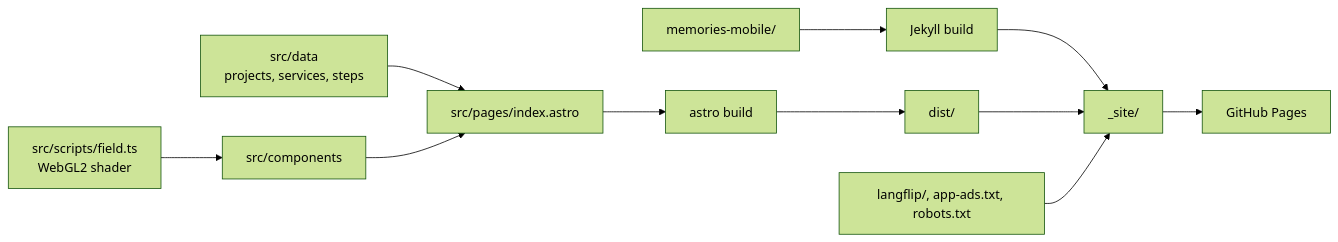
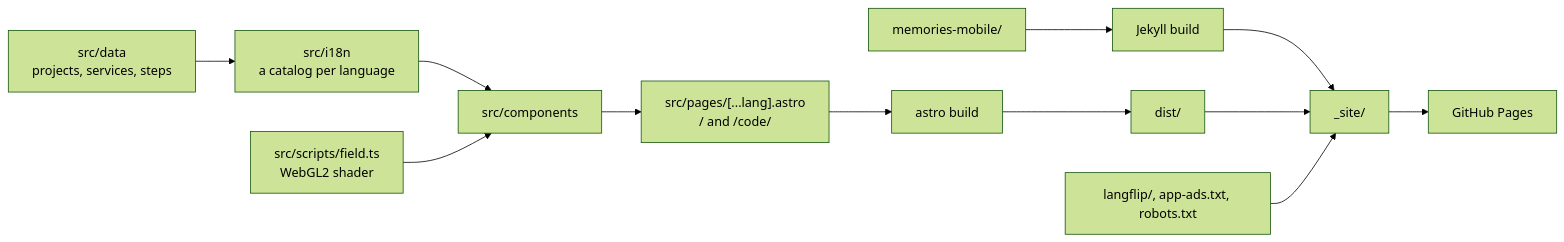
Before and after one commit to workbench-soft/workbench-soft.github.io: the first of 3 diagrams in docs/architecture.md, drawn with Mermaid (forest theme). The commit also changed other lines of this file and 37 other files, not shown here.

````diff
--- a/docs/architecture.md
+++ b/docs/architecture.md
@@ -14,11 +14,12 @@
 ```mermaid
 flowchart LR
-  data["src/data<br/>projects, services, steps"] --> pages["src/pages/index.astro"]
-  components["src/components"] --> pages
+  data["src/data<br/>projects, services, steps"] --> i18n["src/i18n<br/>a catalog per language"]
+  i18n --> components["src/components"]
+  components --> pages["src/pages/[...lang].astro<br/>/ and /code/"]
   scripts["src/scripts/field.ts<br/>WebGL2 shader"] --> components
   pages --> astro["astro build"] --> dist["dist/"]
   jekyll["memories-mobile/"] --> jb["Jekyll build"] --> site["_site/"]
   dist --> site
   root["langflip/, app-ads.txt, robots.txt"] --> site
   site --> pages_["GitHub Pages"]
 ```
````
